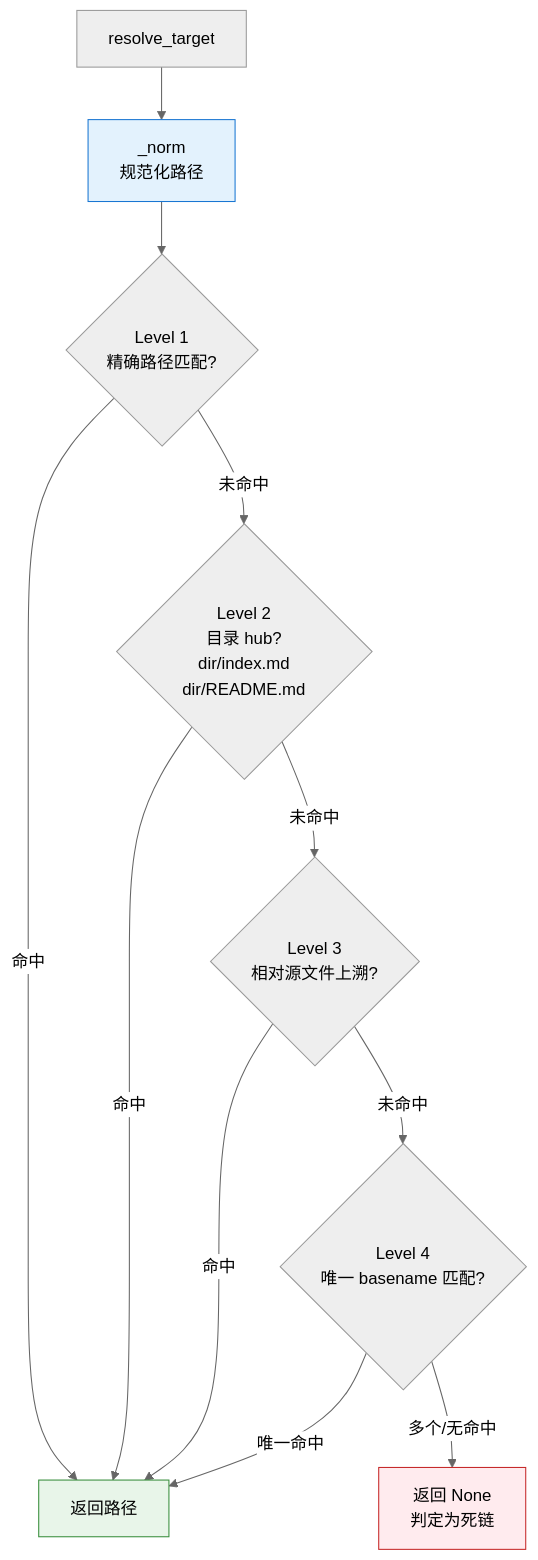
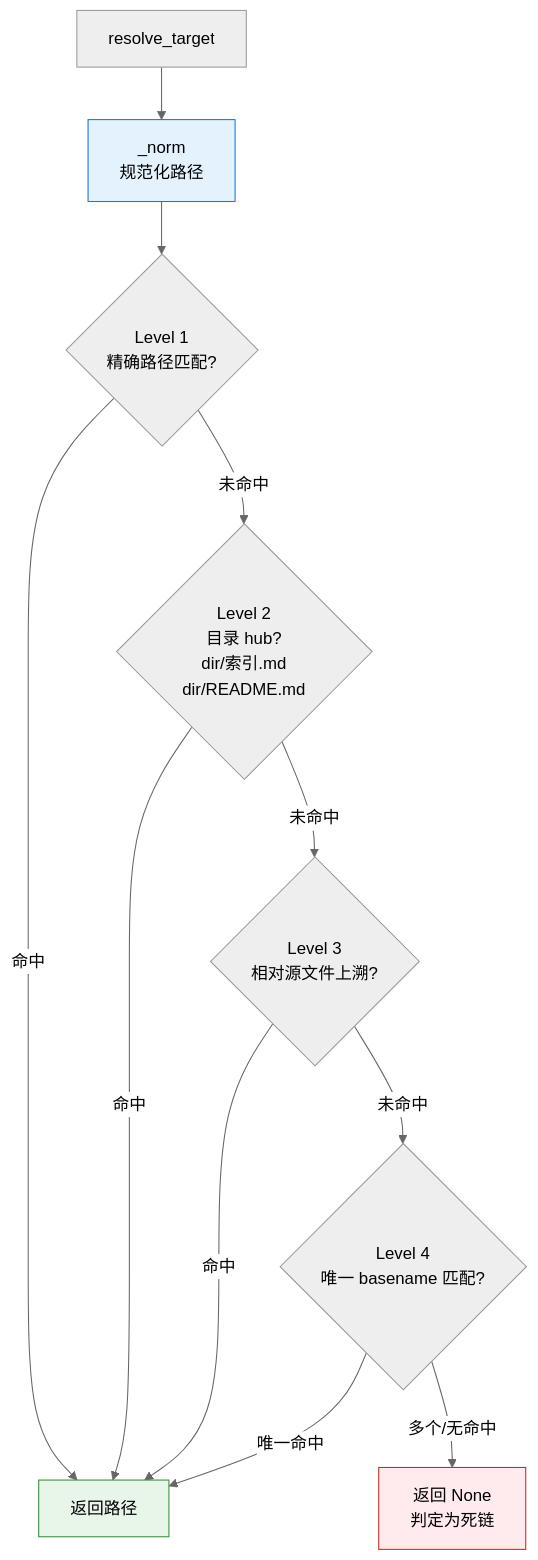
One commit to CloudManHQ/CloudMaster changed the second of 5 diagrams in 工具/export_corpus_Deep_Dive.md. Above: the diagram before and after it, drawn with Mermaid (neutral theme). The commit also changed other lines of this file and 4518 other files, not shown here.

````diff
--- a/工具/export_corpus_Deep_Dive.md
+++ b/工具/export_corpus_Deep_Dive.md
@@ -232,17 +232,17 @@
 ```mermaid
 flowchart TD
     START[resolve_target] --> NORM[_norm<br/>规范化路径]
     NORM --> L1{Level 1<br/>精确路径匹配?}
     L1 -->|命中| OK[返回路径]
-    L1 -->|未命中| L2{Level 2<br/>目录 hub?<br/>dir/index.md<br/>dir/README.md}
+    L1 -->|未命中| L2{Level 2<br/>目录 hub?<br/>dir/索引.md<br/>dir/README.md}
     L2 -->|命中| OK
     L2 -->|未命中| L3{Level 3<br/>相对源文件上溯?}
     L3 -->|命中| OK
     L3 -->|未命中| L4{Level 4<br/>唯一 basename 匹配?}
     L4 -->|唯一命中| OK
     L4 -->|多个/无命中| NONE[返回 None<br/>判定为死链]
 
     style NORM fill:#e3f2fd,stroke:#1976d2
     style NONE fill:#ffebee,stroke:#c62828
     style OK fill:#e8f5e9,stroke:#388e3c
 ```
````
